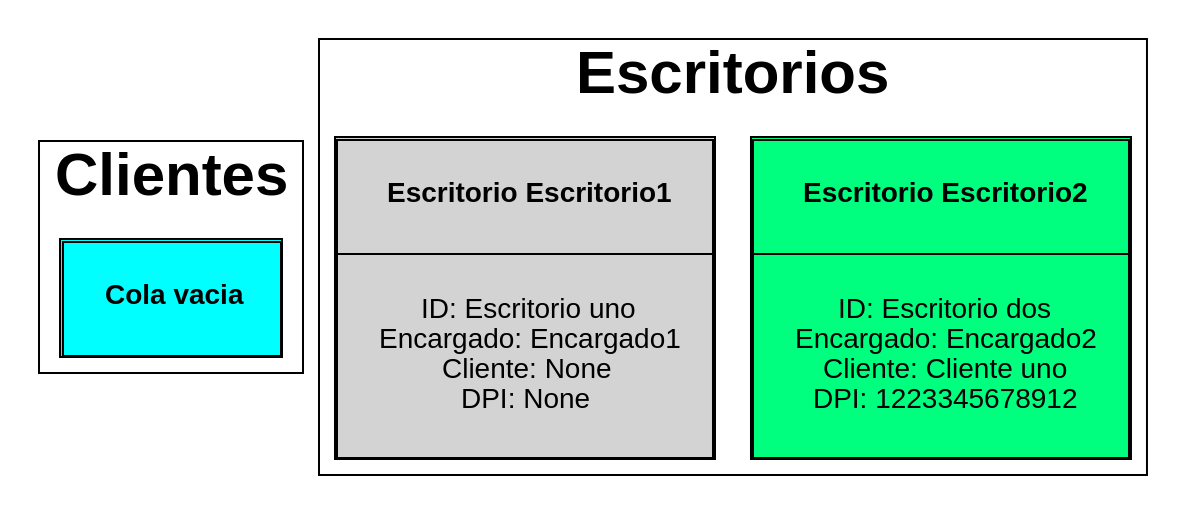
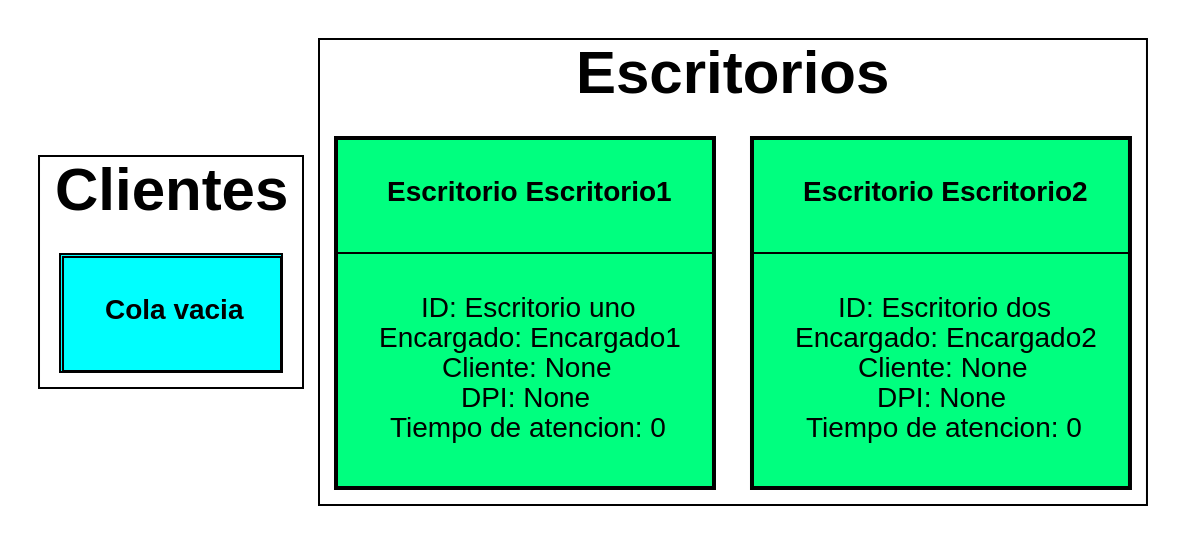
Before and after one commit to robinbuezo11/IPC2_Proyecto2_201944994: the diagram in estado.dot, drawn with Graphviz. The commit also changed 12 other files, not shown here.

```diff
--- a/estado.dot
+++ b/estado.dot
@@ -1,1 +1,3 @@
-digraph {fontname="Helventica,Arial,sans-serif" edge[dir=back] subgraph cluster0{fontsize=30 node[shape=plain style=filled pencolor="#00000" color="aqua" fontname="Helvetica,Arial,sans-serif"]Client[label=<<table cellspacing="0" cellpadding="20"><tr><td><b>Cola vacia</b></td></tr></table>>] label=<<b>Clientes</b>>} subgraph cluster1{fontsize=30 node[shape=plain style=filled pencolor="#00000" fontname="Helvetica,Arial,sans-serif"]DeskEscritorio2[color="springgreen" label=<<table cellspacing="0" cellpadding="20"><tr><td><b>Escritorio Escritorio2</b></td></tr><tr><td>ID: Escritorio dos<br/>Encargado: Encargado2<br/>Cliente: Cliente uno<br/>DPI: 1223345678912</td></tr></table>>]DeskEscritorio1[label=<<table cellspacing="0" cellpadding="20"><tr><td><b>Escritorio Escritorio1</b></td></tr><tr><td>ID: Escritorio uno<br/>Encargado: Encargado1<br/>Cliente: None<br/>DPI: None</td></tr></table>>] label=<<b>Escritorios</b>>}}
+digraph {fontname="Helventica,Arial,sans-serif" edge[dir=back] subgraph cluster0{fontsize=30 node[shape=plain style=filled pencolor="#00000" color="aqua" fontname="Helvetica,Arial,sans-serif"]Client[label=<<table cellspacing="0" cellpadding="20"><tr><td><b>Cola vacia</b></td></tr></table>>] label=<<b>Clientes</b>>} subgraph cluster1{fontsize=30 node[shape=plain style=filled pencolor="#00000" fontname="Helvetica,Arial,sans-serif"]DeskEscritorio2[color="springgreen" label=<<table cellspacing="0" cellpadding="20"><tr><td><b>Escritorio Escritorio2</b></td></tr><tr><td>ID: Escritorio dos<br/>Encargado: Encargado2<br/>Cliente: None<br/>DPI: None
+<br/>Tiempo de atencion: 0</td></tr></table>>]DeskEscritorio1[color="springgreen" label=<<table cellspacing="0" cellpadding="20"><tr><td><b>Escritorio Escritorio1</b></td></tr><tr><td>ID: Escritorio uno<br/>Encargado: Encargado1<br/>Cliente: None<br/>DPI: None
+<br/>Tiempo de atencion: 0</td></tr></table>>] label=<<b>Escritorios</b>>}}
```
